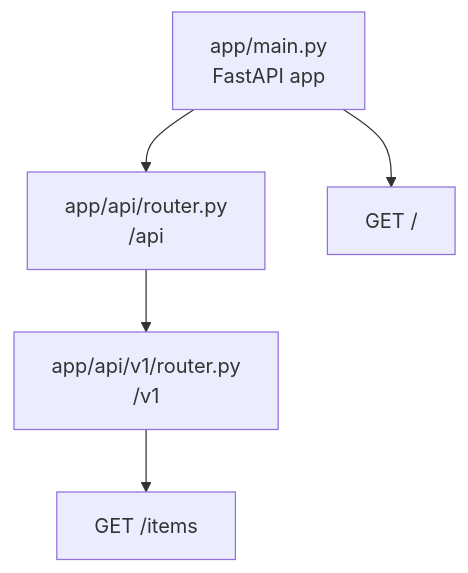
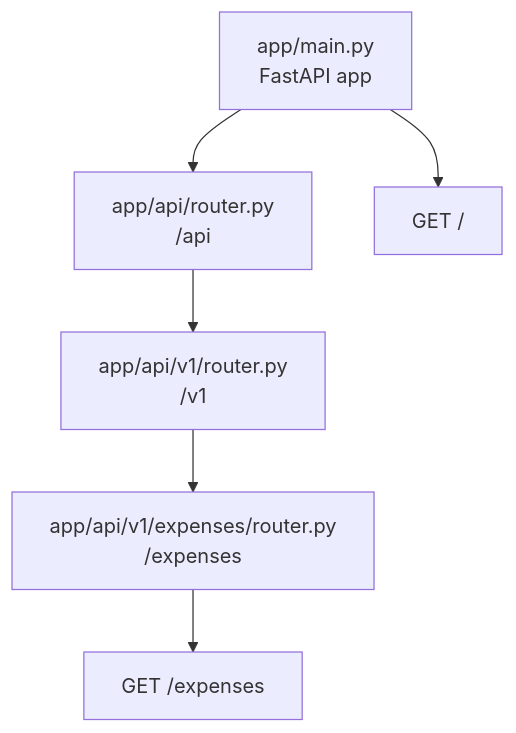
The fourth of 4 diagrams in docs/ARCHITECTURE.md (meshal10613/Expense-Tracker-API-with-Python-FastAPI), drawn with Mermaid before and after one commit. The commit also changed other lines of this file and 9 other files, not shown here.

Commit message:
Add expenses endpoint and JSON data handling; update documentation and Docker setup

````diff
--- a/docs/ARCHITECTURE.md
+++ b/docs/ARCHITECTURE.md
@@ -131,13 +133,15 @@
 ```mermaid
 graph TD
     Main["app/main.py<br/>FastAPI app"]
     ApiRouter["app/api/router.py<br/>/api"]
     V1Router["app/api/v1/router.py<br/>/v1"]
-    Items["GET /items"]
+    ExpensesRouter["app/api/v1/expenses/router.py<br/>/expenses"]
+    ExpensesEndpoint["GET /expenses"]
     Root["GET /"]
 
     Main --> Root
     Main --> ApiRouter
     ApiRouter --> V1Router
-    V1Router --> Items
+    V1Router --> ExpensesRouter
+    ExpensesRouter --> ExpensesEndpoint
 ```
````
